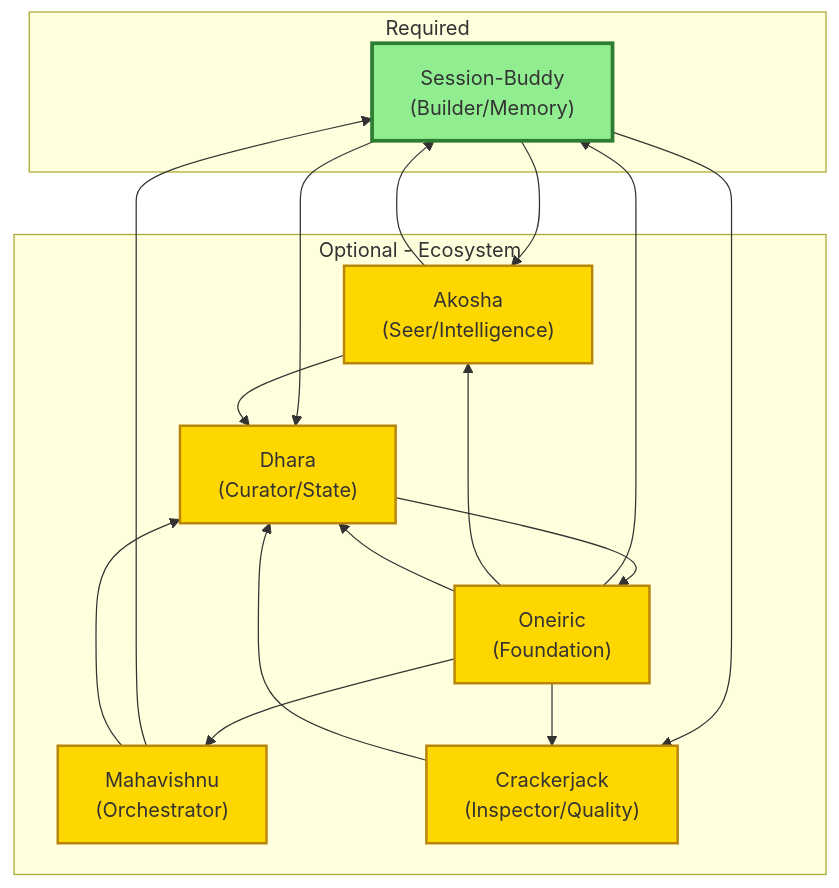
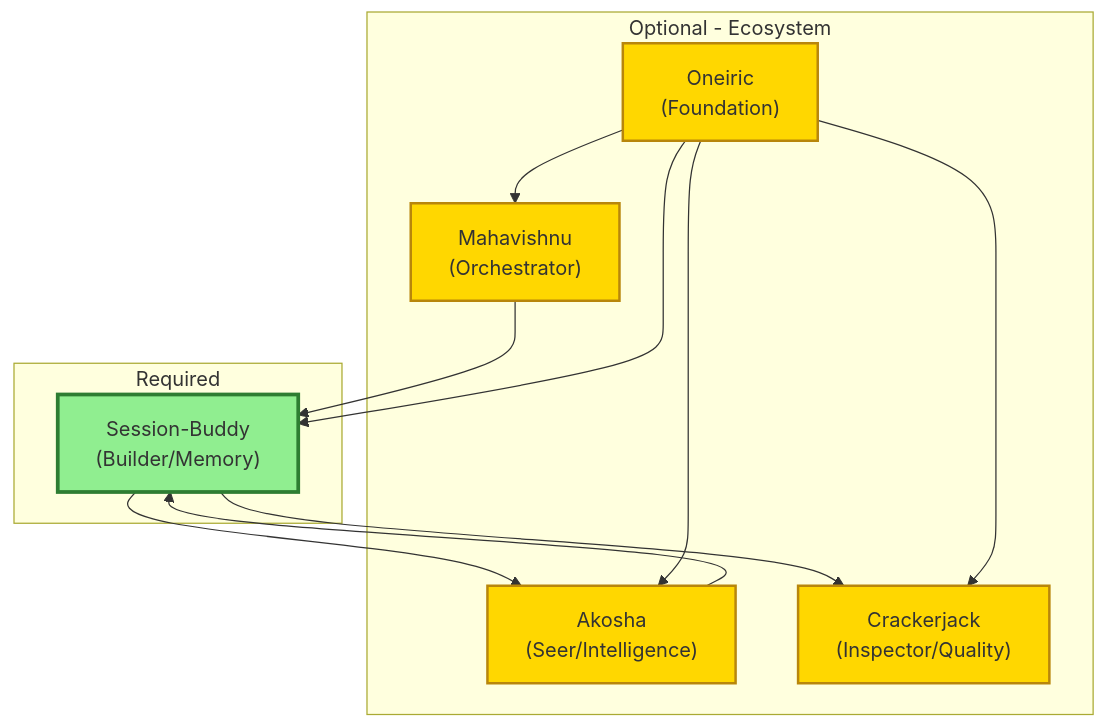
One commit to lesleslie/session-buddy changed the diagram in docs/reference/service-dependencies.md. Above: the diagram before and after it, drawn with Mermaid. The commit also changed other lines of this file and 9 other files, not shown here.

````diff
--- a/docs/reference/service-dependencies.md
+++ b/docs/reference/service-dependencies.md
@@ -576,36 +576,28 @@
 ```mermaid
 graph TB
     subgraph "Required"
         SB["Session-Buddy<br/>(Builder/Memory)"]
     end
 
     subgraph "Optional - Ecosystem"
         MV["Mahavishnu<br/>(Orchestrator)"]
         AK["Akosha<br/>(Seer/Intelligence)"]
         CJ["Crackerjack<br/>(Inspector/Quality)"]
-        DH["Dhara<br/>(Curator/State)"]
         ON["Oneiric<br/>(Foundation)"]
     end
 
     MV --> SB
     SB --> AK
     SB --> CJ
-    SB --> DH
-    AK --> DH
-    CJ --> DH
-    DH --> ON
-    MV --> DH
     AK --> SB
     ON --> MV
     ON --> SB
     ON --> AK
     ON --> CJ
-    ON --> DH
 
     style SB fill:#90EE90,stroke:#2E7D32,stroke-width:3px
     style MV fill:#FFD700,stroke:#B8860B,stroke-width:2px
     style AK fill:#FFD700,stroke:#B8860B,stroke-width:2px
     style CJ fill:#FFD700,stroke:#B8860B,stroke-width:2px
-    style DH fill:#FFD700,stroke:#B8860B,stroke-width:2px
     style ON fill:#FFD700,stroke:#B8860B,stroke-width:2px
 ```
````
